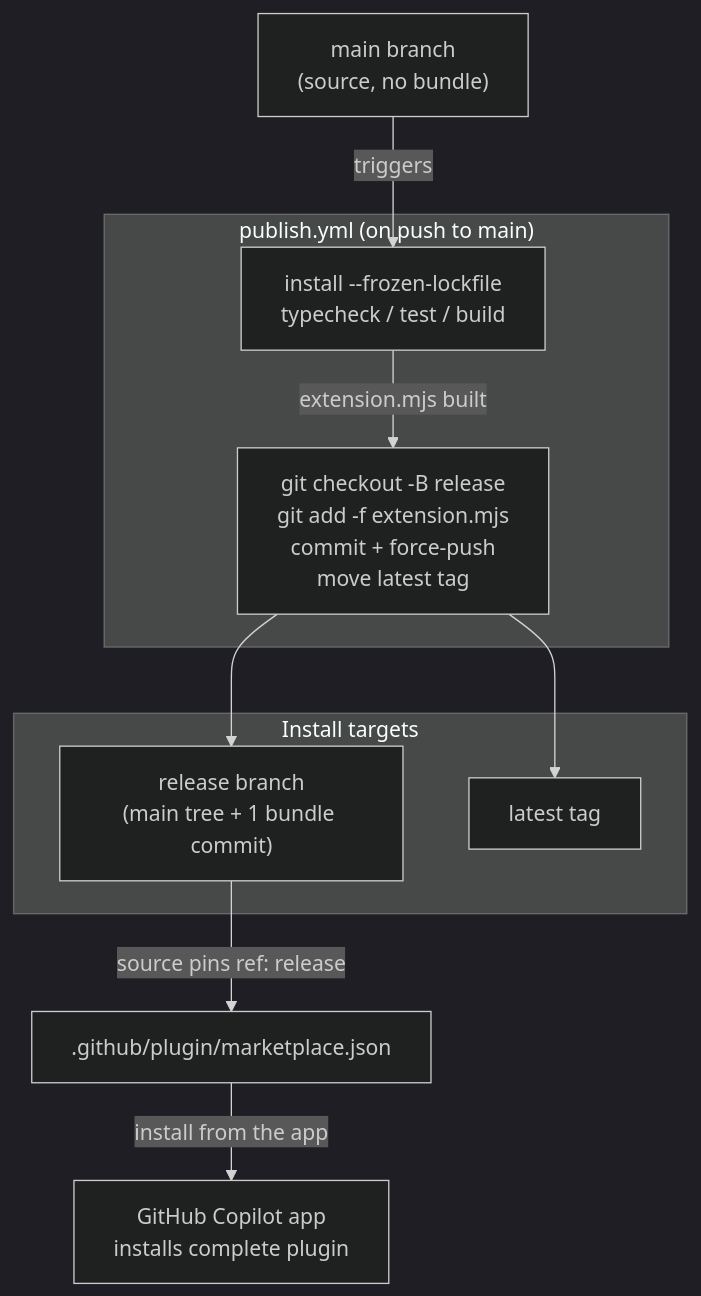
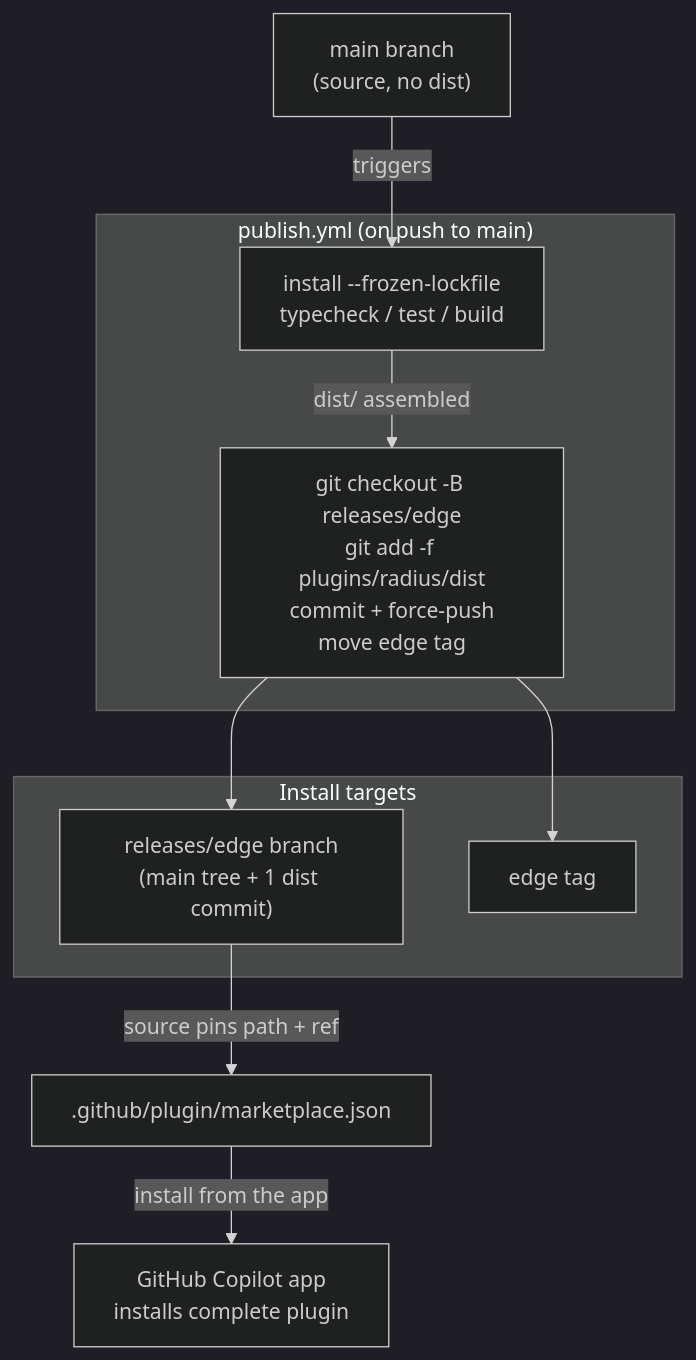
The second of 2 diagrams in docs/architecture/plugin-packaging-and-publishing.md (radius-project/ai-extensions), drawn with Mermaid (dark theme) before and after one commit. The commit also changed other lines of this file and 76 other files, not shown here.

````diff
--- a/docs/architecture/plugin-packaging-and-publishing.md
+++ b/docs/architecture/plugin-packaging-and-publishing.md
@@ -72,21 +84,21 @@
 ```mermaid
 graph TD
     subgraph CI["publish.yml (on push to main)"]
         Steps["install --frozen-lockfile<br/>typecheck / test / build"]
-        Assemble["git checkout -B release<br/>git add -f extension.mjs<br/>commit + force-push<br/>move latest tag"]
+        Assemble["git checkout -B releases/edge<br/>git add -f plugins/radius/dist<br/>commit + force-push<br/>move edge tag"]
     end
 
-    Main["main branch<br/>(source, no bundle)"] -->|triggers| Steps
-    Steps -->|extension.mjs built| Assemble
+    Main["main branch<br/>(source, no dist)"] -->|triggers| Steps
+    Steps -->|dist/ assembled| Assemble
 
     subgraph Published["Install targets"]
-        Release["release branch<br/>(main tree + 1 bundle commit)"]
-        Latest["latest tag"]
+        Release["releases/edge branch<br/>(main tree + 1 dist commit)"]
+        Edge["edge tag"]
     end
 
     Assemble --> Release
-    Assemble --> Latest
+    Assemble --> Edge
 
-    Release -->|source pins ref: release| MP[".github/plugin/marketplace.json"]
+    Release -->|source pins path + ref| MP[".github/plugin/marketplace.json"]
     MP -->|install from the app| Install["GitHub Copilot app<br/>installs complete plugin"]
 ```
````
